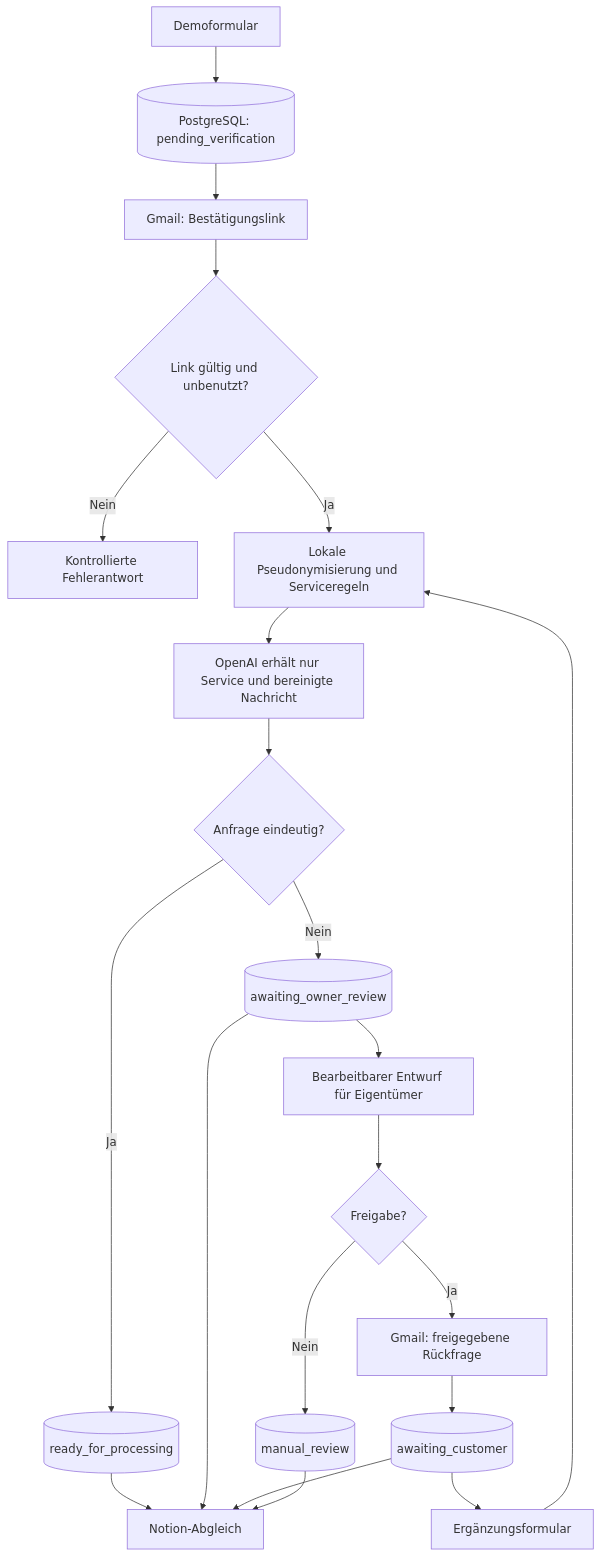
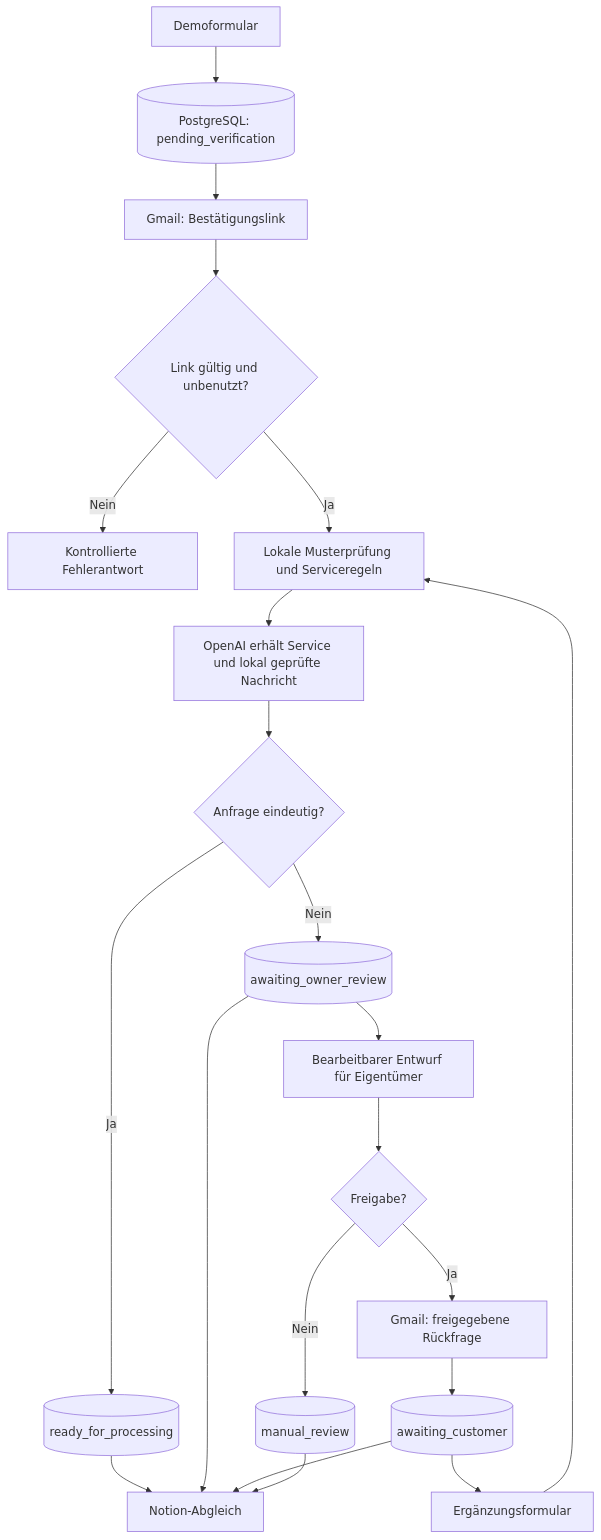
The diagram in workflows/mixing-mastering-anfrage/README.md (ZsoltF94/n8n_mixing_mastering_workflow), drawn with Mermaid before and after one commit. The commit also changed other lines of this file and 1 other file, not shown here.

````diff
--- a/workflows/mixing-mastering-anfrage/README.md
+++ b/workflows/mixing-mastering-anfrage/README.md
@@ -16,23 +16,23 @@
 ```mermaid
 flowchart TD
     A[Demoformular] --> B[(PostgreSQL: pending_verification)]
     B --> C[Gmail: Bestätigungslink]
     C --> D{Link gültig und unbenutzt?}
     D -- Nein --> E[Kontrollierte Fehlerantwort]
-    D -- Ja --> F[Lokale Pseudonymisierung und Serviceregeln]
-    F --> G[OpenAI erhält nur Service und bereinigte Nachricht]
+    D -- Ja --> F[Lokale Musterprüfung und Serviceregeln]
+    F --> G[OpenAI erhält Service und lokal geprüfte Nachricht]
     G --> H{Anfrage eindeutig?}
     H -- Ja --> I[(ready_for_processing)]
     H -- Nein --> J[(awaiting_owner_review)]
     J --> K[Bearbeitbarer Entwurf für Eigentümer]
     K --> L{Freigabe?}
     L -- Nein --> M[(manual_review)]
     L -- Ja --> N[Gmail: freigegebene Rückfrage]
     N --> O[(awaiting_customer)]
     O --> P[Ergänzungsformular]
     P --> F
     I --> Q[Notion-Abgleich]
     J --> Q
     O --> Q
     M --> Q
 ```
````
